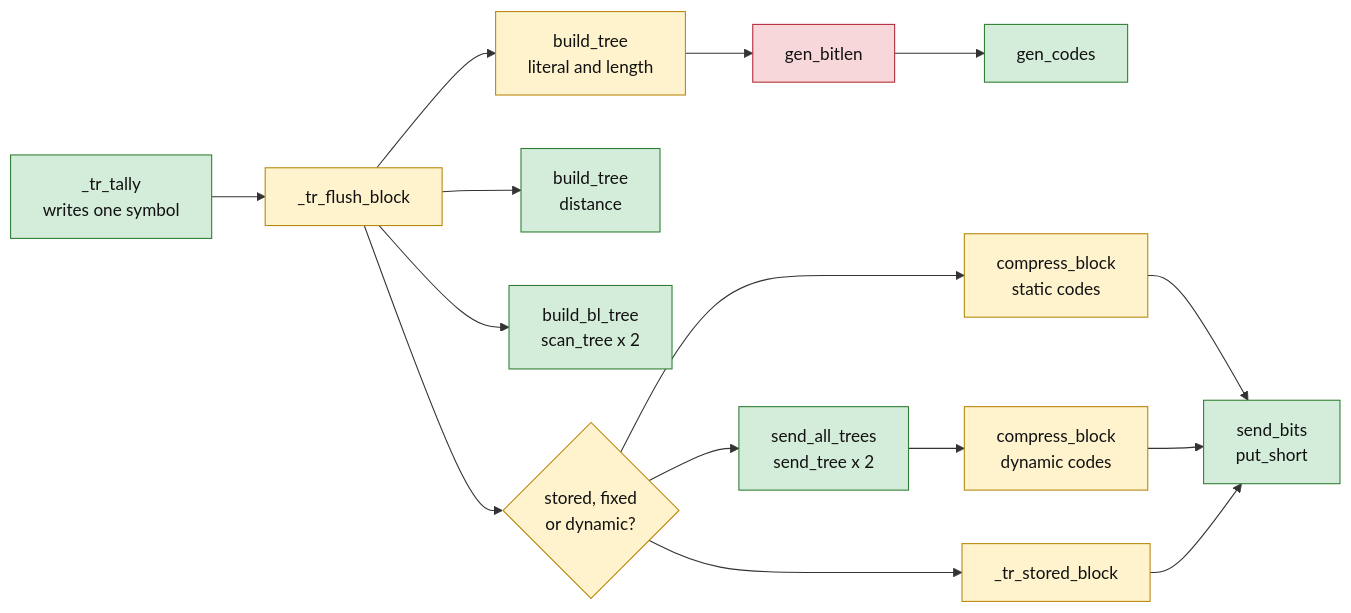
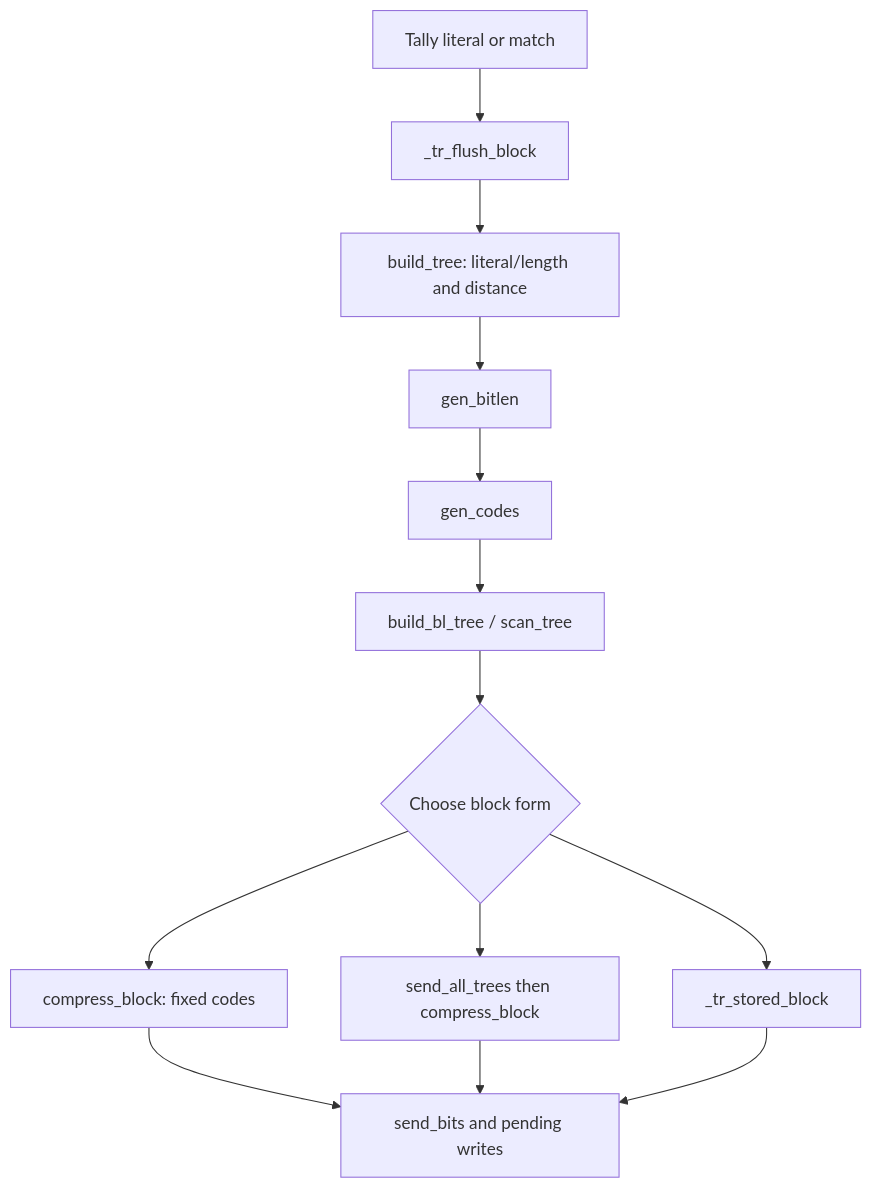
Before and after one commit to cla7aye15I4nd/zlib-f: the diagram in docs/proof/trees.md, drawn with Mermaid. The commit also changed other lines of this file and 95 other files, not shown here.

````diff
--- a/docs/proof/trees.md
+++ b/docs/proof/trees.md
@@ -14,21 +17,15 @@
 ```mermaid
-flowchart LR
-    TALLY["_tr_tally<br/>writes one symbol"] --> FB["_tr_flush_block"]
-    FB --> B1["build_tree<br/>literal and length"] --> GB["gen_bitlen"] --> GC["gen_codes"]
-    FB --> B2["build_tree<br/>distance"]
-    FB --> BBL["build_bl_tree<br/>scan_tree x 2"]
-    FB --> CH{"stored, fixed<br/>or dynamic?"}
-    CH --> ST["_tr_stored_block"]
-    CH --> CB1["compress_block<br/>static codes"]
-    CH --> SA["send_all_trees<br/>send_tree x 2"] --> CB2["compress_block<br/>dynamic codes"]
-    CB1 --> SB["send_bits<br/>put_short"]
-    CB2 --> SB
-    ST --> SB
-
-    classDef easy fill:#d4edda,stroke:#2e7d32,color:#111;
-    classDef mid fill:#fff3cd,stroke:#b8860b,color:#111;
-    classDef hard fill:#f8d7da,stroke:#b02a37,color:#111;
-    class TALLY,GC,BBL,SA,SB,B2 easy;
-    class FB,B1,CH,ST,CB1,CB2 mid;
-    class GB hard;
+flowchart TD
+    Tally["Tally literal or match"] --> Flush["_tr_flush_block"]
+    Flush --> Trees["build_tree: literal/length and distance"]
+    Trees --> Lengths["gen_bitlen"]
+    Lengths --> Codes["gen_codes"]
+    Codes --> BitTree["build_bl_tree / scan_tree"]
+    BitTree --> Choose{"Choose block form"}
+    Choose --> Stored["_tr_stored_block"]
+    Choose --> Fixed["compress_block: fixed codes"]
+    Choose --> Dynamic["send_all_trees then compress_block"]
+    Fixed --> Bits["send_bits and pending writes"]
+    Dynamic --> Bits
+    Stored --> Bits
 ```
````
